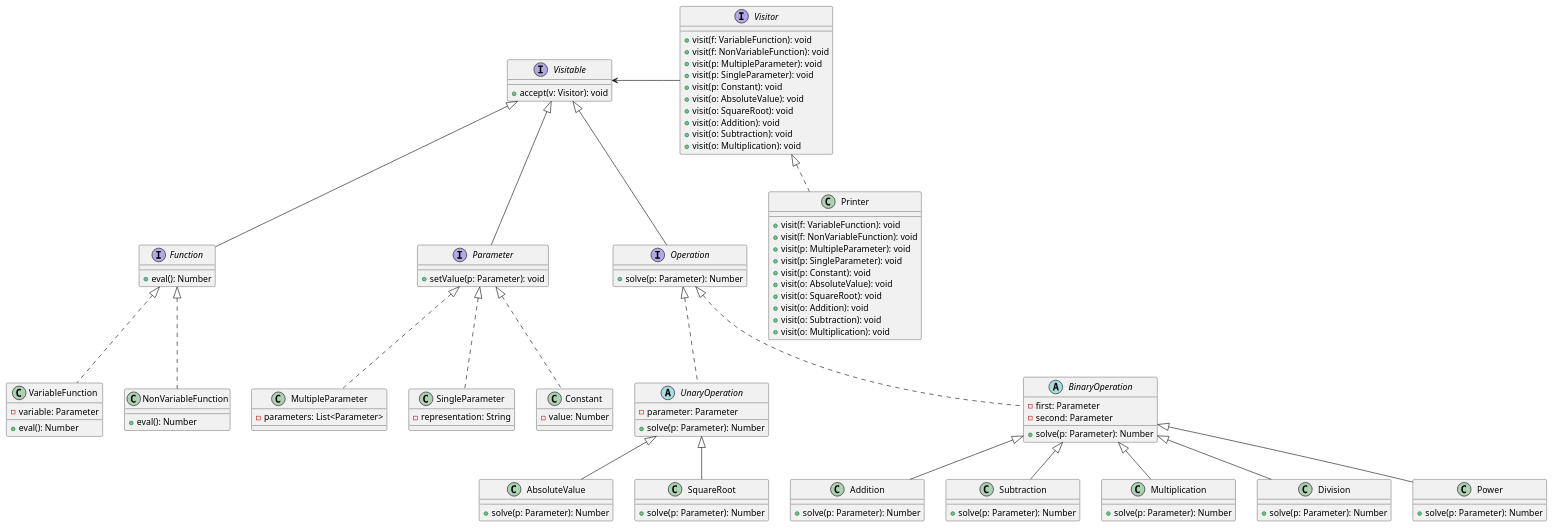
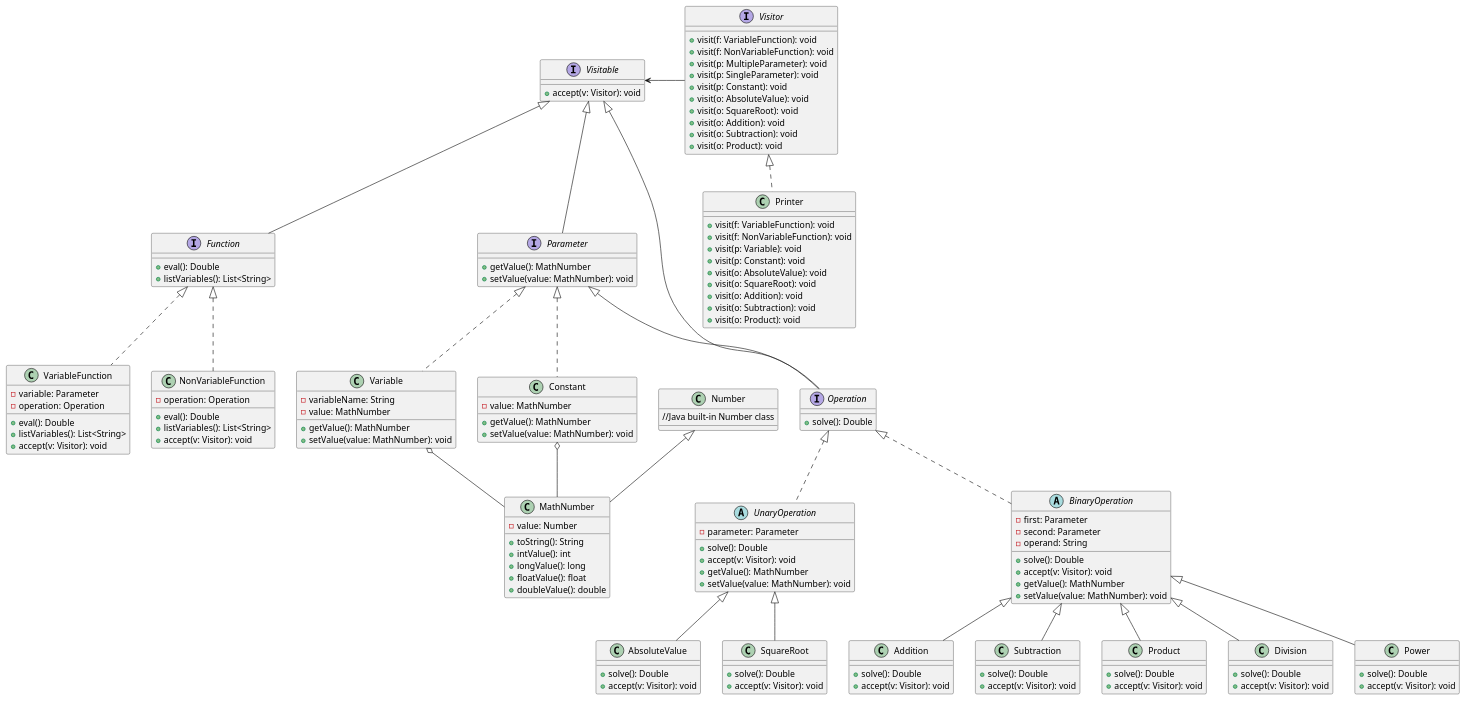
One commit to austral-ingsis-classroom/formula-FranCalveyra changed the diagram in diagrams/Functions.puml. Above: the diagram before and after it, drawn with PlantUML. The commit also changed 2 other files, not shown here.

Commit message:
Updated class diagram

```diff
--- a/diagrams/Functions.puml
+++ b/diagrams/Functions.puml
@@ -1,109 +1,143 @@
 @startuml
-' TODO: update this diagram to final version
 interface Visitable{
 +accept(v: Visitor): void
 }
 interface Visitor{
 +visit(f: VariableFunction): void
 +visit(f: NonVariableFunction): void
 +visit(p: MultipleParameter): void
 +visit(p: SingleParameter): void
 +visit(p: Constant): void
 +visit(o: AbsoluteValue): void
 +visit(o: SquareRoot): void
 +visit(o: Addition): void
 +visit(o: Subtraction): void
-+visit(o: Multiplication): void
++visit(o: Product): void
 }
 
 class Printer implements Visitor{
 +visit(f: VariableFunction): void
 +visit(f: NonVariableFunction): void
-+visit(p: MultipleParameter): void
-+visit(p: SingleParameter): void
++visit(p: Variable): void
 +visit(p: Constant): void
 +visit(o: AbsoluteValue): void
 +visit(o: SquareRoot): void
 +visit(o: Addition): void
 +visit(o: Subtraction): void
-+visit(o: Multiplication): void
++visit(o: Product): void
 }
 
 
 interface Function extends Visitable{
-+eval(): Number
++eval(): Double
++listVariables(): List<String>
 }
 class VariableFunction implements Function{
 -variable: Parameter
-+eval(): Number
+-operation: Operation
++eval(): Double
++listVariables(): List<String>
++accept(v: Visitor): void
 }
 class NonVariableFunction implements Function{
-+eval(): Number
+-operation: Operation
++eval(): Double
++listVariables(): List<String>
++accept(v: Visitor): void
 }
 
 interface Parameter extends Visitable{
-+setValue(p: Parameter): void
++getValue(): MathNumber
++setValue(value: MathNumber): void
 }
 
-class MultipleParameter implements Parameter{
--parameters: List<Parameter>
-}
-
-class SingleParameter implements Parameter{
--representation: String
+class Variable implements Parameter{
+-variableName: String
+-value: MathNumber
++getValue(): MathNumber
++setValue(value: MathNumber): void
 }
 
 class Constant implements Parameter{
--value: Number
+-value: MathNumber
++getValue(): MathNumber
++setValue(value: MathNumber): void
 }
 
-interface Operation extends Visitable{
-+solve(p: Parameter): Number
+interface Operation extends Visitable, Parameter{
++solve(): Double
 }
 
 abstract class UnaryOperation implements Operation{
 -parameter: Parameter
-+solve(p: Parameter): Number
++solve(): Double
++accept(v: Visitor): void
++getValue(): MathNumber
++setValue(value: MathNumber): void
 }
 
 abstract class BinaryOperation implements Operation{
 -first: Parameter
 -second: Parameter
-+solve(p: Parameter): Number
+-operand: String
++solve(): Double
++accept(v: Visitor): void
++getValue(): MathNumber
++setValue(value: MathNumber): void
 }
 
 class Addition extends BinaryOperation{
-+solve(p: Parameter): Number
++solve(): Double
++accept(v: Visitor): void
 }
 class Subtraction extends BinaryOperation{
-+solve(p: Parameter): Number
++solve(): Double
++accept(v: Visitor): void
 }
-class Multiplication extends BinaryOperation{
-+solve(p: Parameter): Number
+class Product extends BinaryOperation{
++solve(): Double
++accept(v: Visitor): void
 }
 class Division extends BinaryOperation{
-+solve(p: Parameter): Number
++solve(): Double
++accept(v: Visitor): void
 }
 class Power extends BinaryOperation{
-+solve(p: Parameter): Number
++solve(): Double
++accept(v: Visitor): void
 }
 
 class AbsoluteValue extends UnaryOperation{
-+solve(p: Parameter): Number
++solve(): Double
++accept(v: Visitor): void
 }
 class SquareRoot extends UnaryOperation{
-+solve(p: Parameter): Number
++solve(): Double
++accept(v: Visitor): void
 }
 
+class Number {
+//Java built-in Number class
+}
 
+class MathNumber extends Number{
+-value: Number
++toString(): String
++intValue(): int
++longValue(): long
++floatValue(): float
++doubleValue(): double
+}
 
 
 
 ' Functions receive ONE WORD OR LETTER,
 ' then they are single-variable
 
 ' Extras
 Visitable <-Visitor
+Variable o-- MathNumber
+Constant o-- MathNumber
 
 
 @enduml
```
